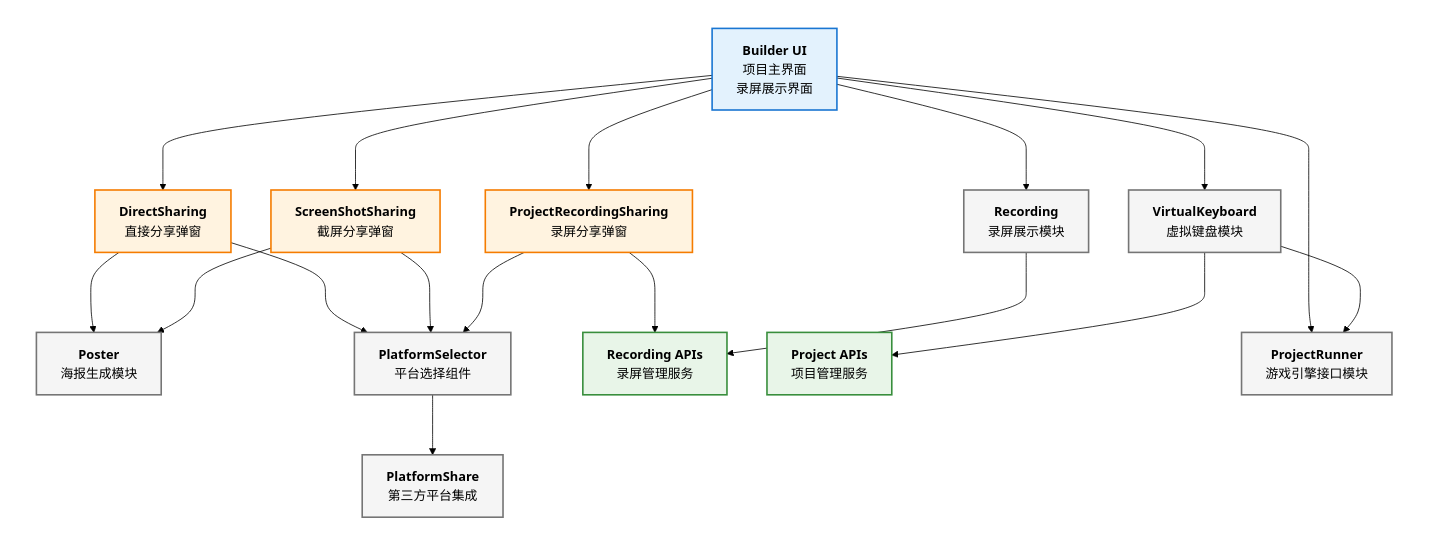
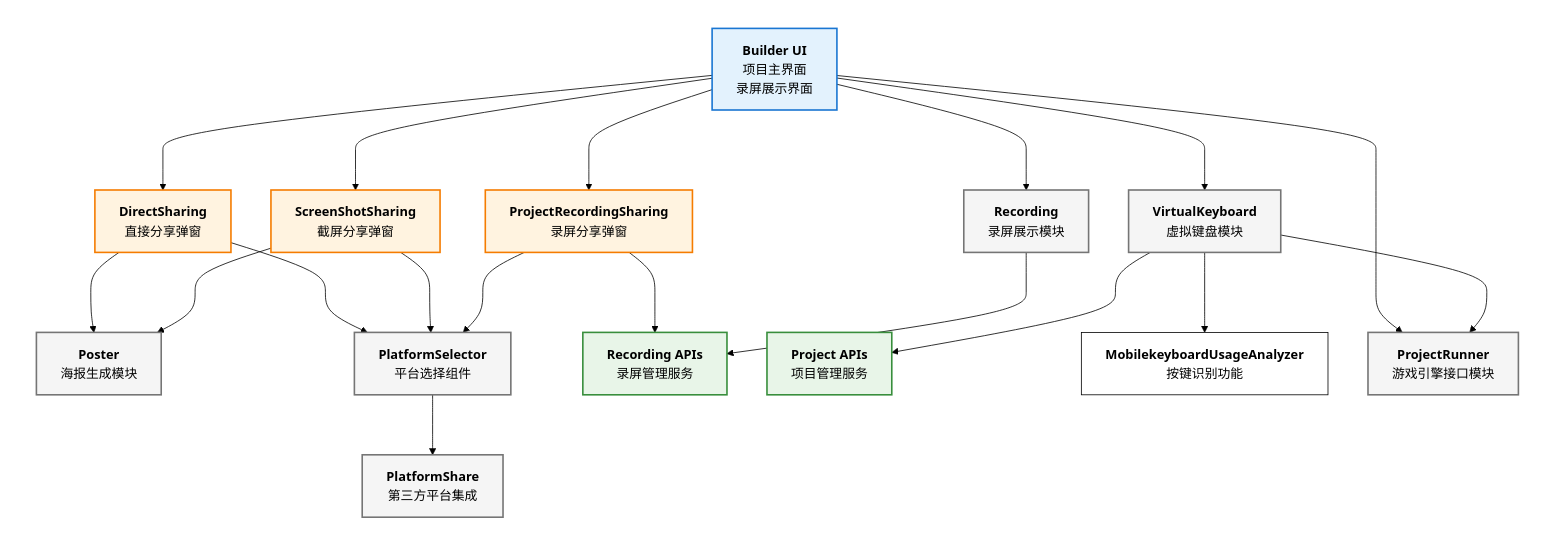
One commit to goplus/builder changed the diagram in docs/develop/share/index.md. Above: the diagram before and after it, drawn with Mermaid. The commit also changed other lines of this file and 2 other files, not shown here.

Commit message:
fix: Fields and index.md problem

```diff
--- a/docs/develop/share/index.md
+++ b/docs/develop/share/index.md
@@ -95,10 +102,13 @@
     subgraph FunctionLayer["功能模块层"]
         VirtualKeyboard["`**VirtualKeyboard**
         虚拟键盘模块`"]
-        
+
+        MobilekeyboardUsageAnalyzer["`**MobilekeyboardUsageAnalyzer**
+        按键识别功能`"]
+
         ProjectRunner["`**ProjectRunner**
         游戏引擎接口模块`"]
-        
+
         Recording["`**Recording**
         录屏展示模块`"]
     end
@@ -107,7 +117,7 @@
     subgraph APILayer["API 服务层"]
         RecordingAPIs["`**Recording APIs**
         录屏管理服务`"]
-        
+
         ProjectAPIs["`**Project APIs**
         项目管理服务`"]
     end
@@ -116,10 +126,10 @@
     subgraph ShareLayer["分享界面层"]
         DirectSharing["`**DirectSharing**
         直接分享弹窗`"]
-        
+
         ProjectRecordingSharing["`**ProjectRecordingSharing**
         录屏分享弹窗`"]
-        
+
         ScreenShotSharing["`**ScreenShotSharing**
         截屏分享弹窗`"]
     end
@@ -128,7 +138,7 @@
     subgraph PlatformLayer["平台集成层"]
         PlatformSelector["`**PlatformSelector**
         平台选择组件`"]
-        
+
         PlatformShare["`**PlatformShare**
         第三方平台集成`"]
     end
@@ -150,6 +160,7 @@
     %% 功能模块间连接
     VirtualKeyboard --> ProjectRunner
     VirtualKeyboard --> ProjectAPIs
+    VirtualKeyboard --> MobilekeyboardUsageAnalyzer
 
     %% 分享流程连接
     DirectSharing --> PlatformSelector
```
